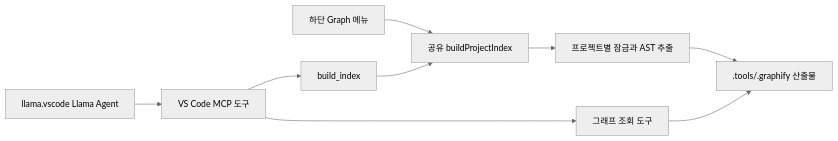
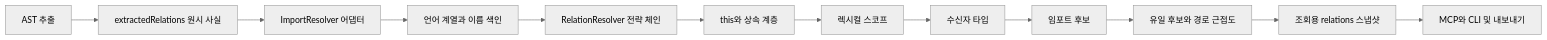
Before and after one commit to Jeon-JongChan/Google-Jules-Temp-Repo: the second of 2 diagrams in lightweight-graph-mcp/README.md, drawn with Mermaid (neutral theme). The commit also changed other lines of this file and 42 other files, not shown here.

Commit message:
fix: Graph MCP 호출 정확도와 증분 해석 보강 및 Graphify 비교 검증

````diff
--- a/lightweight-graph-mcp/README.md
+++ b/lightweight-graph-mcp/README.md
@@ -105,11 +148,14 @@
 ```mermaid
 flowchart LR
-    Q[하단 Graph 메뉴] --> B[공유 buildProjectIndex]
-    A[llama.vscode Llama Agent] --> V[VS Code MCP 도구]
-    V --> M[build_index]
-    M --> B
-    B --> W[프로젝트별 잠금과 AST 추출]
-    W --> C[.tools/.graphify 산출물]
-    V --> R[그래프 조회 도구]
-    R --> C
+    AST[AST 추출] --> F[extractedRelations 원시 사실]
+    F --> I[ImportResolver 어댑터]
+    I --> N[언어 계열과 이름 색인]
+    N --> R[RelationResolver 전략 체인]
+    R --> T[this와 상속 계층]
+    T --> L[렉시컬 스코프]
+    L --> O[수신자 타입]
+    O --> P[임포트 후보]
+    P --> G[유일 후보와 경로 근접도]
+    G --> S[조회용 relations 스냅샷]
+    S --> M[MCP와 CLI 및 내보내기]
 ```
````
